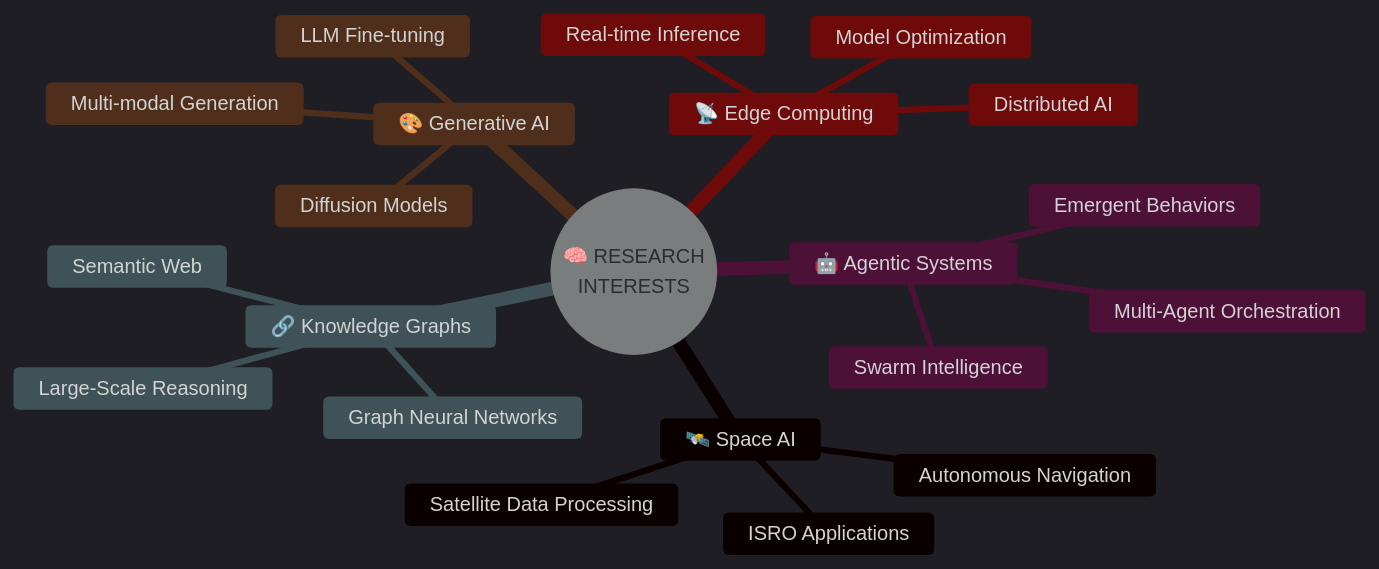
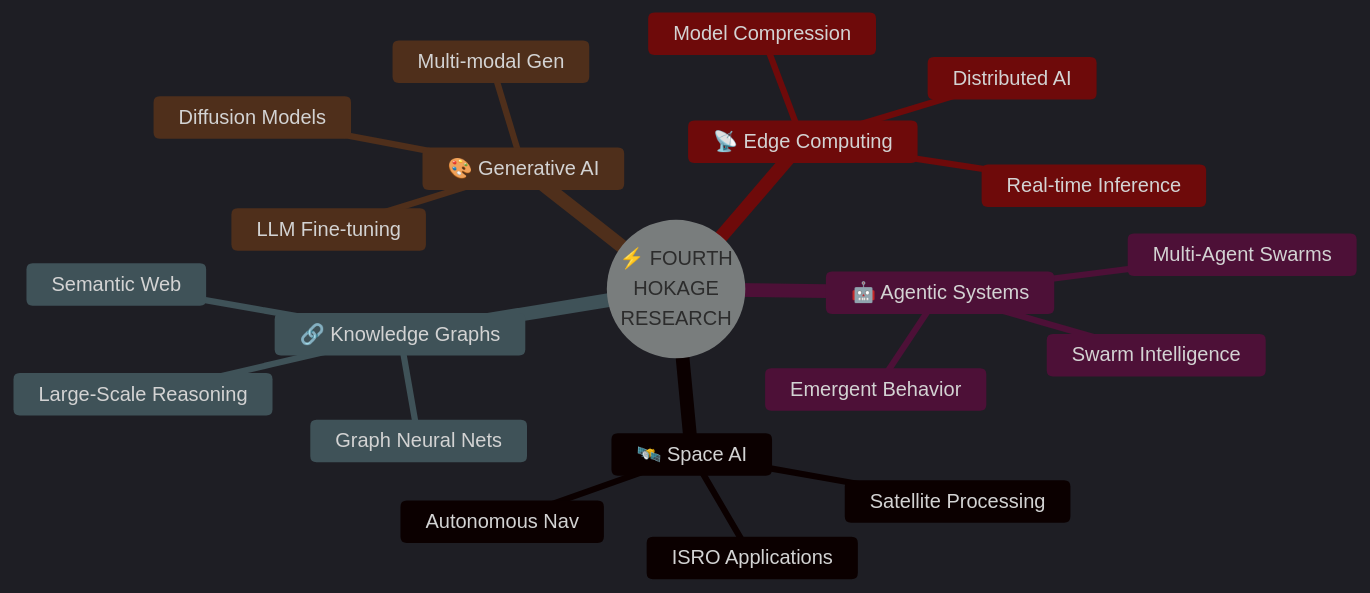
The second of 2 diagrams in README.md (Anshuman-Tripathi-minato/Anshuman-Tripathi-minato), drawn with Mermaid before and after one commit. The commit also changed other lines of this file, not shown here.

````diff
--- a/README.md
+++ b/README.md
@@ -442,25 +361,25 @@
 ```mermaid
 %%{init: {'theme':'dark'}}%%
 mindmap
-  root((🧠 RESEARCH<br/>INTERESTS))
+  root((⚡ FOURTH<br/>HOKAGE<br/>RESEARCH))
     🛰️ Space AI
       ISRO Applications
-      Satellite Data Processing
-      Autonomous Navigation
+      Satellite Processing
+      Autonomous Nav
     🤖 Agentic Systems
-      Multi-Agent Orchestration
-      Emergent Behaviors
+      Multi-Agent Swarms
+      Emergent Behavior
       Swarm Intelligence
     🔗 Knowledge Graphs
       Large-Scale Reasoning
-      Graph Neural Networks
+      Graph Neural Nets
       Semantic Web
     🎨 Generative AI
       Diffusion Models
       LLM Fine-tuning
-      Multi-modal Generation
+      Multi-modal Gen
     📡 Edge Computing
       Real-time Inference
-      Model Optimization
+      Model Compression
       Distributed AI
 ```
````
